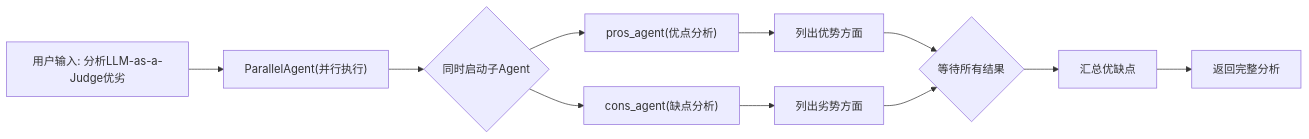
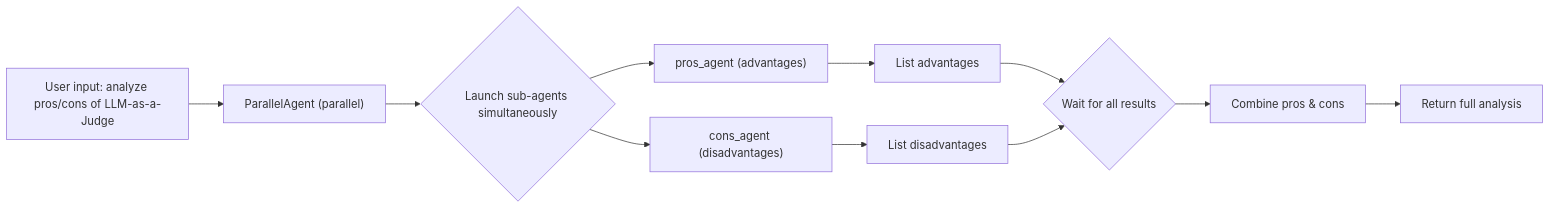
The fourth of 4 diagrams in docs/content/docs/framework/agent/multi-agent/overview.en.mdx (volcengine/veadk-python), drawn with Mermaid before and after one commit. The commit also changed other lines of this file and 117 other files, not shown here.

````diff
--- a/docs/content/docs/framework/agent/multi-agent/overview.en.mdx
+++ b/docs/content/docs/framework/agent/multi-agent/overview.en.mdx
@@ -347,13 +224,13 @@
 ```mermaid
 graph LR
-    A["用户输入: 分析LLM-as-a-Judge优劣"] --> B["ParallelAgent(并行执行)"]
-    B --> C{"同时启动子Agent"}
-    C --> D["pros_agent(优点分析)"]
-    C --> E["cons_agent(缺点分析)"]
-    D --> F["列出优势方面"]
-    E --> G["列出劣势方面"]
-    F --> H{"等待所有结果"}
+    A["User input: analyze pros/cons of LLM-as-a-Judge"] --> B["ParallelAgent (parallel)"]
+    B --> C{"Launch sub-agents simultaneously"}
+    C --> D["pros_agent (advantages)"]
+    C --> E["cons_agent (disadvantages)"]
+    D --> F["List advantages"]
+    E --> G["List disadvantages"]
+    F --> H{"Wait for all results"}
     G --> H
-    H --> I["汇总优缺点"]
-    I --> J["返回完整分析"]
+    H --> I["Combine pros & cons"]
+    I --> J["Return full analysis"]
 ```
````
